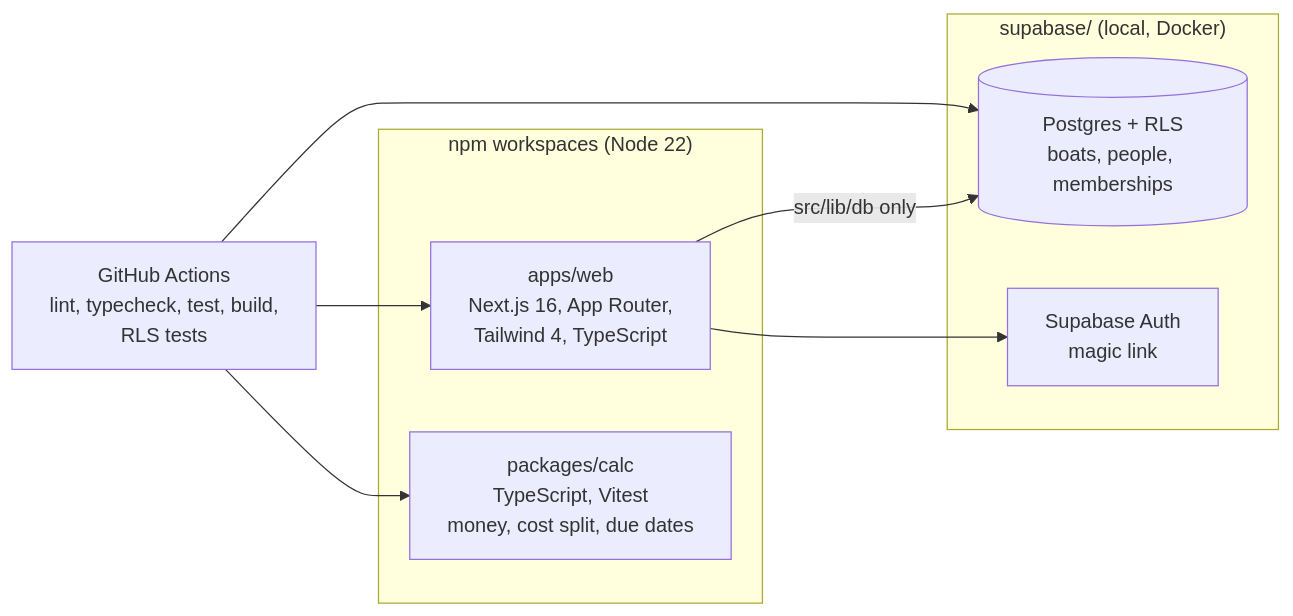
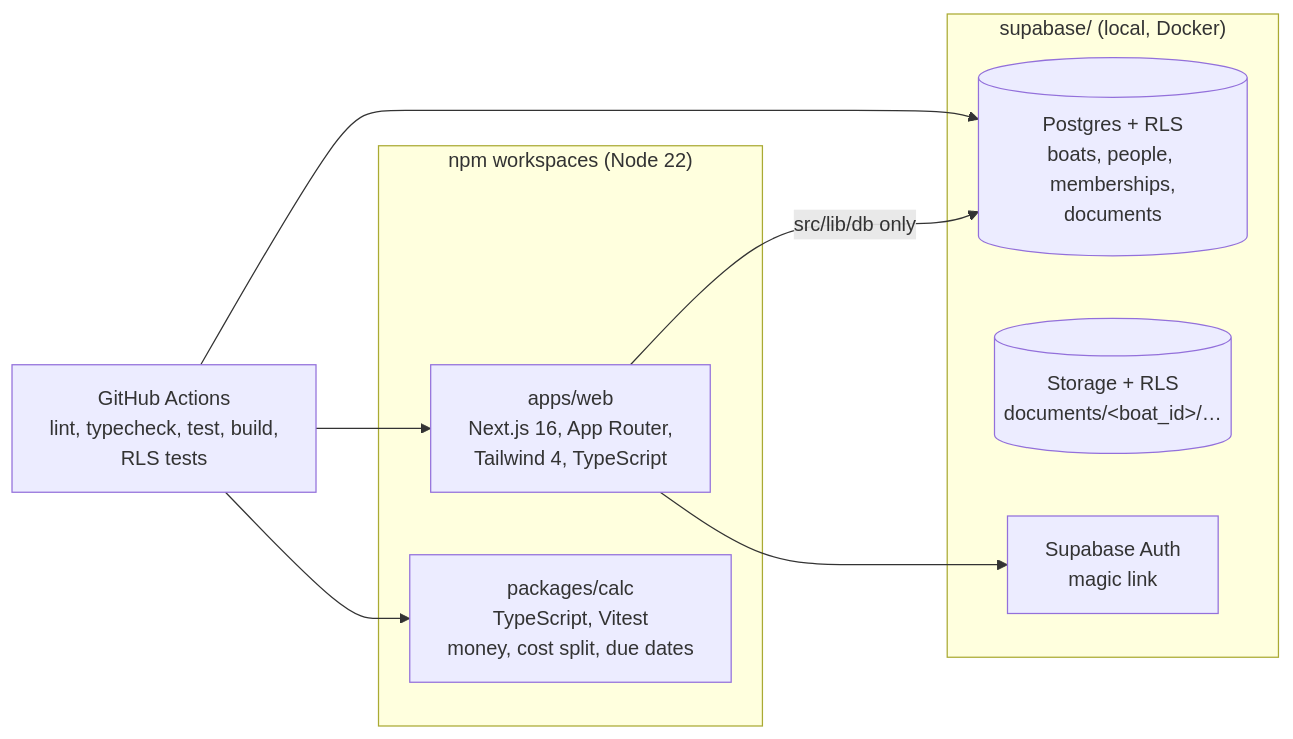
The second of 5 diagrams in docs/architecture.md (heynewton/newton), drawn with Mermaid before and after one commit. The commit also changed other lines of this file and 5 other files, not shown here.

First line of the commit message:
Per-boat document store: documents table and private bucket under RLS

````diff
--- a/docs/architecture.md
+++ b/docs/architecture.md
@@ -92,17 +93,18 @@
 ```mermaid
 flowchart LR
   subgraph Repo["npm workspaces (Node 22)"]
     Web["apps/web<br/>Next.js 16, App Router,<br/>Tailwind 4, TypeScript"]
     Calc["packages/calc<br/>TypeScript, Vitest<br/>money, cost split, due dates"]
   end
   subgraph Local["supabase/ (local, Docker)"]
-    DB[("Postgres + RLS<br/>boats, people, memberships")]
+    DB[("Postgres + RLS<br/>boats, people, memberships,<br/>documents")]
+    Files[("Storage + RLS<br/>documents/#lt;boat_id#gt;/…")]
     Auth["Supabase Auth<br/>magic link"]
   end
   Web -->|"src/lib/db only"| DB
   Web --> Auth
   CI["GitHub Actions<br/>lint, typecheck, test, build,<br/>RLS tests"]
   CI --> Web
   CI --> Calc
   CI --> DB
 ```
````
